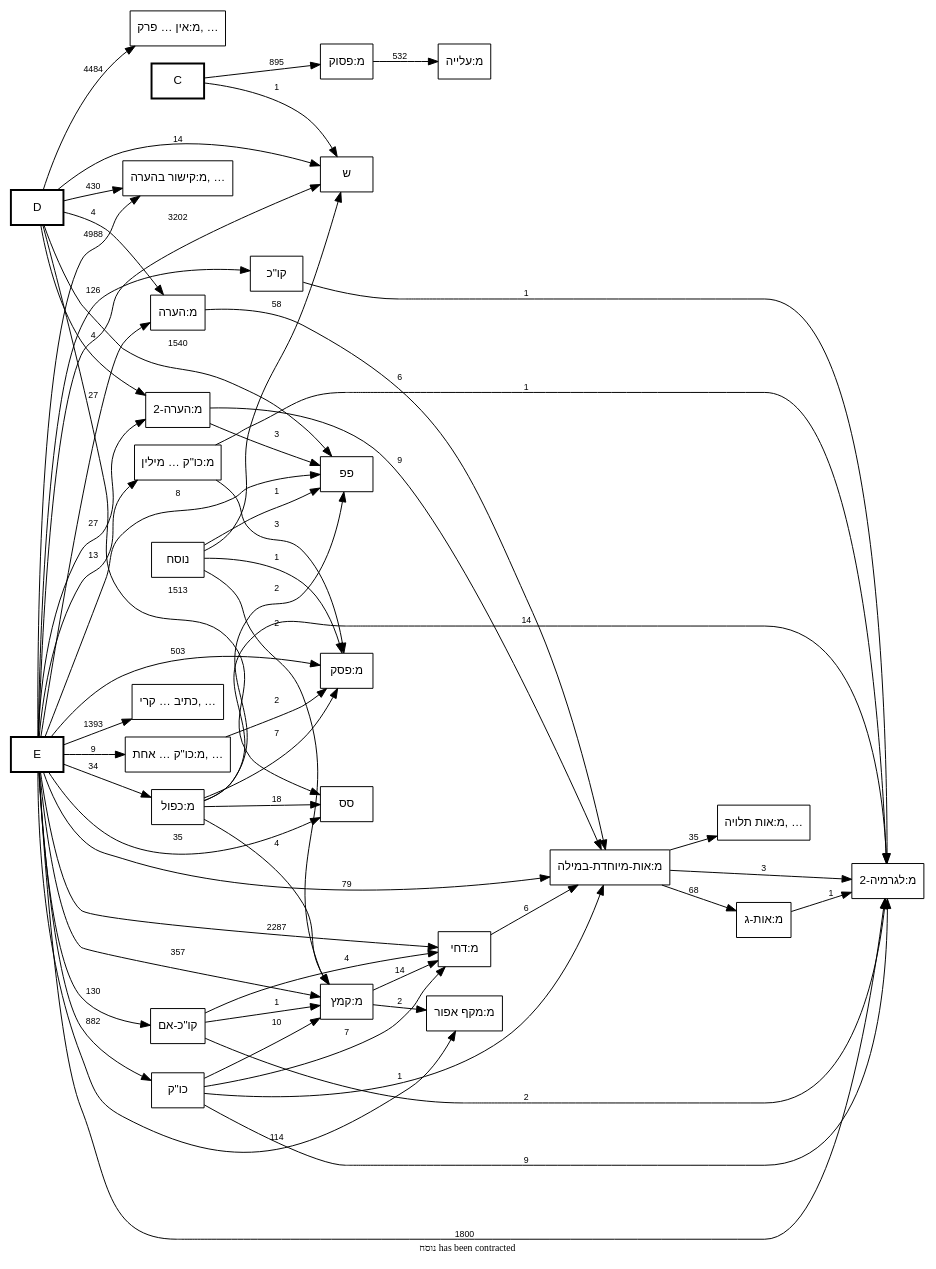
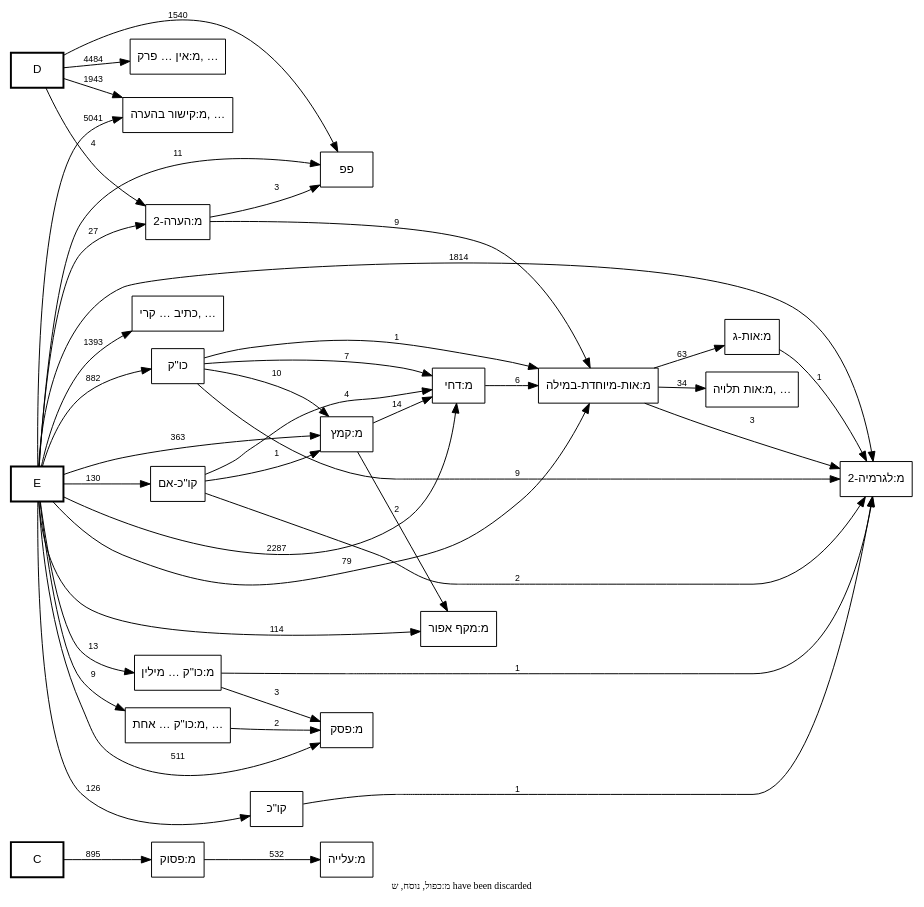
One commit to bdenckla/MAM-basics changed the diagram in out/MAM-tmpl-survey/plus-call-graph.dot. Above: the diagram before and after it, drawn with Graphviz. The commit also changed 13 other files, not shown here.

First line of the commit message:
Add focused call graphs for נוסח and מ:כפול, deep-discard מ:הערה

```diff
--- a/out/MAM-tmpl-survey/plus-call-graph.dot
+++ b/out/MAM-tmpl-survey/plus-call-graph.dot
@@ -1,110 +1,93 @@
 digraph template_call_graph {
     rankdir=LR;
     node [fontname="SBL Hebrew,Helvetica", fontsize=12];
     edge [fontname="Helvetica", fontsize=9];
 
     // Column nodes
     node [shape=box, style=bold];
     "C";
     "D";
     "E";
 
     // Template nodes
     node [shape=box, style=""];
     "כתיב ולא קרי" [label="כתיב … קרי, …", tooltip="כתיב ולא קרי
 מ:כו\"ק בין שני מקפים
 מ:כו\"ק כתיב מילה חדה וקרי תרתין מילין בין שני מקפים
 מ:כו\"ק כתיב תרתין מילין וקרי מילה חדה
 מ:כו\"ק קרי שונה מהכתיב בשתי מילים
 מ:כו\"ק של שלוש מילים בהערה אחת
 מ:נו\"ן הפוכה
 מ:צינור
 מ:קו\"כ קרי שונה מהכתיב בשתי מילים
 מ:קישור פנימי בהערה
 מודגש
 קרי ולא כתיב
 ר0
 ר2
 ר3"];
     "מ:אות תלויה" [label="מ:אות תלויה, …", tooltip="מ:אות תלויה
 מ:אות-ק"];
     "מ:אין פרשה בתחילת פרק" [label="מ:אין … פרק, …", tooltip="מ:אין פרשה בתחילת פרק
 מ:אין פרשה בתחילת פרק בספרי אמ\"ת
 מ:אין רווח של פרשה בתחילת פרשת השבוע
 מ:ספר חדש
 מ:רווח בתרי עשר בפסוק הראשון
 מ:רווח לספר בתהלים בפסוק הראשון
 ר4"];
     "מ:כו\"ק כתיב מילה חדה וקרי תרתין מילין" [label="מ:כו\"ק … מילין", tooltip="מ:כו\"ק כתיב מילה חדה וקרי תרתין מילין"];
     "מ:כו\"ק של שתי מילים בהערה אחת" [label="מ:כו\"ק … אחת, …", tooltip="מ:כו\"ק של שתי מילים בהערה אחת
 מ:קו\"כ כתיב מילה חדה וקרי תרתין מילין"];
     "מ:קישור בהערה" [label="מ:קישור בהערה, …", tooltip="מ:קישור בהערה
 מ:ששש
+סס
 ססס
 פפפ
 ר1"];
 
     // Note
-    graph [label="נוסח has been contracted", labelloc=b, fontsize=10];
+    graph [label="מ:כפול, נוסח, ש have been discarded", labelloc=b, fontsize=10];
 
     // Edges
     "C" -> "מ:פסוק" [label="895"];
-    "C" -> "ש" [label="1"];
     "D" -> "מ:אין פרשה בתחילת פרק" [label="4484"];
-    "D" -> "מ:הערה" [label="4"];
     "D" -> "מ:הערה-2" [label="4"];
-    "D" -> "מ:קישור בהערה" [label="430"];
-    "D" -> "סס" [label="1513"];
+    "D" -> "מ:קישור בהערה" [label="1943"];
     "D" -> "פפ" [label="1540"];
-    "D" -> "ש" [label="14"];
     "E" -> "כו\"ק" [label="882"];
     "E" -> "כתיב ולא קרי" [label="1393"];
     "E" -> "מ:אות-מיוחדת-במילה" [label="79"];
     "E" -> "מ:דחי" [label="2287"];
-    "E" -> "מ:הערה" [label="27"];
     "E" -> "מ:הערה-2" [label="27"];
     "E" -> "מ:כו\"ק כתיב מילה חדה וקרי תרתין מילין" [label="13"];
     "E" -> "מ:כו\"ק של שתי מילים בהערה אחת" [label="9"];
-    "E" -> "מ:כפול" [label="34"];
-    "E" -> "מ:לגרמיה-2" [label="1800"];
+    "E" -> "מ:לגרמיה-2" [label="1814"];
     "E" -> "מ:מקף אפור" [label="114"];
-    "E" -> "מ:פסק" [label="503"];
-    "E" -> "מ:קישור בהערה" [label="4988"];
-    "E" -> "מ:קמץ" [label="357"];
-    "E" -> "סס" [label="35"];
-    "E" -> "פפ" [label="8"];
+    "E" -> "מ:פסק" [label="511"];
+    "E" -> "מ:קישור בהערה" [label="5041"];
+    "E" -> "מ:קמץ" [label="363"];
+    "E" -> "פפ" [label="11"];
     "E" -> "קו\"כ" [label="126"];
     "E" -> "קו\"כ-אם" [label="130"];
-    "E" -> "ש" [label="3202"];
     "כו\"ק" -> "מ:אות-מיוחדת-במילה" [label="1"];
     "כו\"ק" -> "מ:דחי" [label="7"];
     "כו\"ק" -> "מ:לגרמיה-2" [label="9"];
     "כו\"ק" -> "מ:קמץ" [label="10"];
     "מ:אות-ג" -> "מ:לגרמיה-2" [label="1"];
-    "מ:אות-מיוחדת-במילה" -> "מ:אות תלויה" [label="35"];
-    "מ:אות-מיוחדת-במילה" -> "מ:אות-ג" [label="68"];
+    "מ:אות-מיוחדת-במילה" -> "מ:אות תלויה" [label="34"];
+    "מ:אות-מיוחדת-במילה" -> "מ:אות-ג" [label="63"];
     "מ:אות-מיוחדת-במילה" -> "מ:לגרמיה-2" [label="3"];
     "מ:דחי" -> "מ:אות-מיוחדת-במילה" [label="6"];
-    "מ:הערה" -> "מ:אות-מיוחדת-במילה" [label="6"];
     "מ:הערה-2" -> "מ:אות-מיוחדת-במילה" [label="9"];
     "מ:הערה-2" -> "פפ" [label="3"];
     "מ:כו\"ק כתיב מילה חדה וקרי תרתין מילין" -> "מ:לגרמיה-2" [label="1"];
     "מ:כו\"ק כתיב מילה חדה וקרי תרתין מילין" -> "מ:פסק" [label="3"];
     "מ:כו\"ק של שתי מילים בהערה אחת" -> "מ:פסק" [label="2"];
-    "מ:כפול" -> "מ:לגרמיה-2" [label="14"];
-    "מ:כפול" -> "מ:פסק" [label="7"];
-    "מ:כפול" -> "מ:קמץ" [label="4"];
-    "מ:כפול" -> "סס" [label="18"];
-    "מ:כפול" -> "פפ" [label="2"];
     "מ:פסוק" -> "מ:עלייה" [label="532"];
     "מ:קמץ" -> "מ:דחי" [label="14"];
     "מ:קמץ" -> "מ:מקף אפור" [label="2"];
-    "נוסח" -> "מ:פסק" [label="1"];
-    "נוסח" -> "מ:קמץ" [label="2"];
-    "נוסח" -> "פפ" [label="1"];
-    "נוסח" -> "ש" [label="58"];
     "קו\"כ" -> "מ:לגרמיה-2" [label="1"];
     "קו\"כ-אם" -> "מ:דחי" [label="4"];
     "קו\"כ-אם" -> "מ:לגרמיה-2" [label="2"];
     "קו\"כ-אם" -> "מ:קמץ" [label="1"];
 }
```
